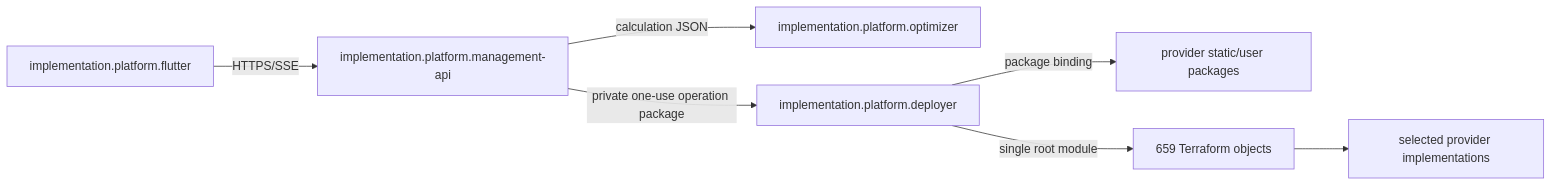
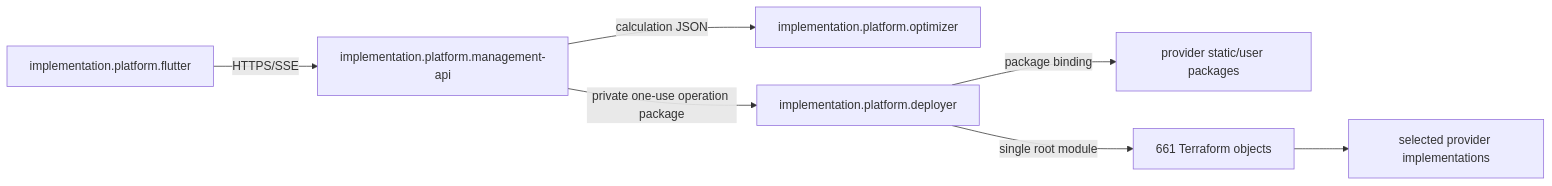
One commit to TVJunkie724/master-thesis changed the seventh of 9 diagrams in docs/research/phase_08_current_function_edge_matrix.md. Above: the diagram before and after it, drawn with Mermaid. The commit also changed other lines of this file and 145 other files, not shown here.

First line of the commit message:
feat(architecture): register provider component catalog

````diff
--- a/docs/research/phase_08_current_function_edge_matrix.md
+++ b/docs/research/phase_08_current_function_edge_matrix.md
@@ -264,9 +264,9 @@
 ```mermaid
 flowchart LR
   UI["implementation.platform.flutter"] -->|HTTPS/SSE| M["implementation.platform.management-api"]
   M -->|calculation JSON| O["implementation.platform.optimizer"]
   M -->|private one-use operation package| D["implementation.platform.deployer"]
   D -->|package binding| P["provider static/user packages"]
-  D -->|single root module| TF["659 Terraform objects"]
+  D -->|single root module| TF["661 Terraform objects"]
   TF --> C["selected provider implementations"]
 ```
````
